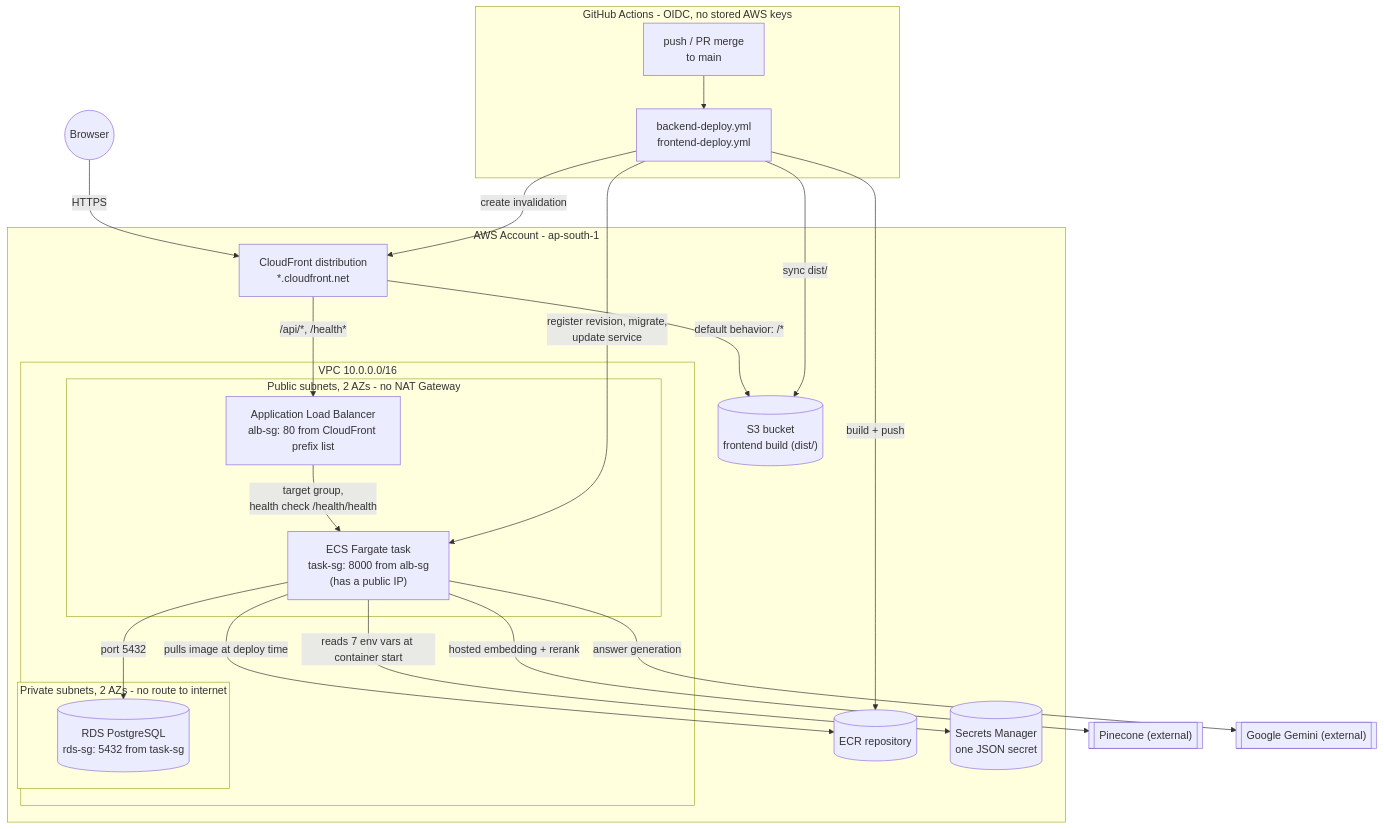
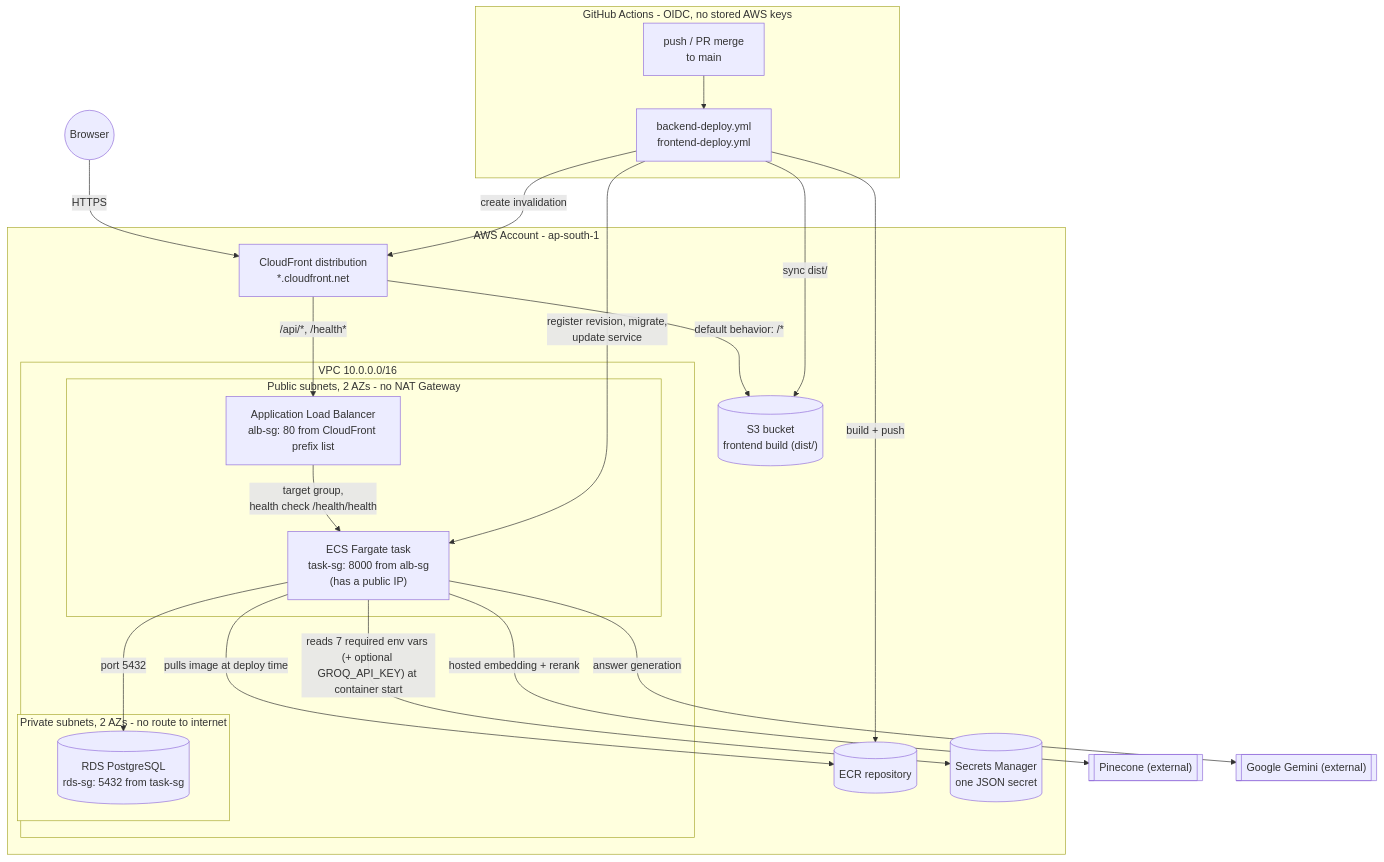
Before and after one commit to Nithusikan01/Medical-Student-Assistant: the diagram in AWS_DEPLOYMENT_PLAN.md, drawn with Mermaid. The commit also changed other lines of this file and 1 other file, not shown here.

First line of the commit message:
fix: wire GROQ_API_KEY into the ECS task definition by default

````diff
--- a/AWS_DEPLOYMENT_PLAN.md
+++ b/AWS_DEPLOYMENT_PLAN.md
@@ -26,36 +26,36 @@
 ```mermaid
 flowchart TB
     Browser(("Browser")) -->|HTTPS| CF["CloudFront distribution<br/>*.cloudfront.net"]
 
     subgraph AWS["AWS Account - ap-south-1"]
         CF -->|"default behavior: /*"| S3[("S3 bucket<br/>frontend build (dist/)")]
         CF -->|"/api/*, /health*"| ALB
 
         subgraph VPC["VPC 10.0.0.0/16"]
             subgraph PublicSubnets["Public subnets, 2 AZs - no NAT Gateway"]
                 ALB["Application Load Balancer<br/>alb-sg: 80 from CloudFront prefix list"]
                 Task["ECS Fargate task<br/>task-sg: 8000 from alb-sg<br/>(has a public IP)"]
             end
             subgraph PrivateSubnets["Private subnets, 2 AZs - no route to internet"]
                 RDS[("RDS PostgreSQL<br/>rds-sg: 5432 from task-sg")]
             end
             ALB -->|"target group,<br/>health check /health/health"| Task
             Task -->|"port 5432"| RDS
         end
 
         Task -->|"pulls image at deploy time"| ECR[("ECR repository")]
-        Task -->|"reads 7 env vars at container start"| SM[("Secrets Manager<br/>one JSON secret")]
+        Task -->|"reads 7 required env vars (+ optional GROQ_API_KEY) at container start"| SM[("Secrets Manager<br/>one JSON secret")]
     end
 
     Task -->|"hosted embedding + rerank"| Pinecone[["Pinecone (external)"]]
     Task -->|"answer generation"| Gemini[["Google Gemini (external)"]]
 
     subgraph CICD["GitHub Actions - OIDC, no stored AWS keys"]
         Push["push / PR merge<br/>to main"] --> WF["backend-deploy.yml<br/>frontend-deploy.yml"]
     end
 
     WF -->|"build + push"| ECR
     WF -->|"register revision, migrate,<br/>update service"| Task
     WF -->|"sync dist/"| S3
     WF -->|"create invalidation"| CF
 ```
````
